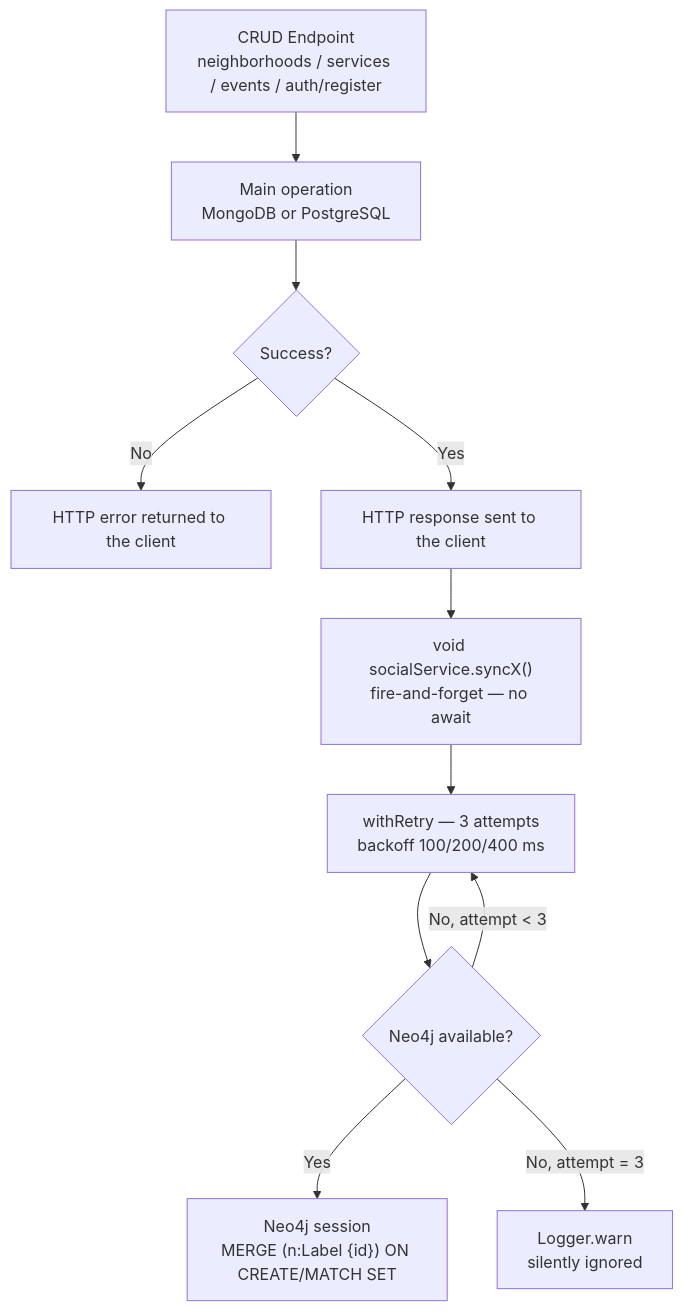
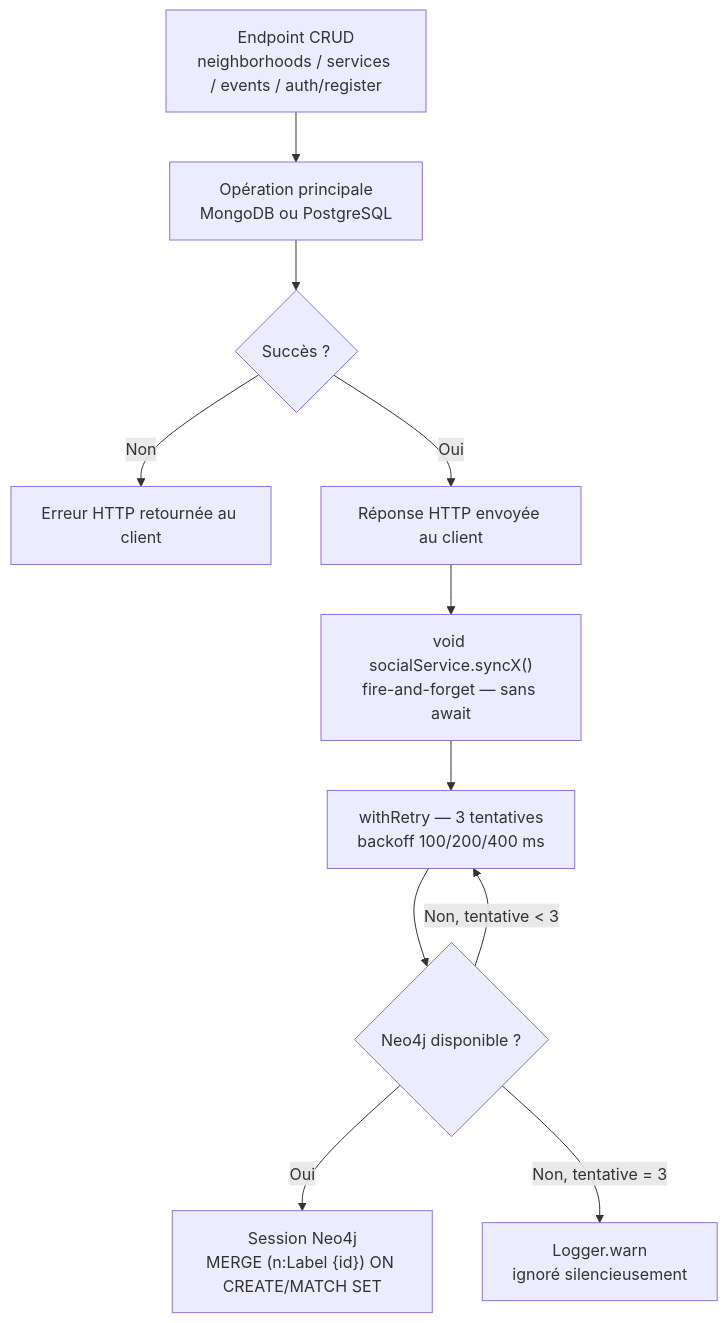
Before and after one commit to creibaud/QuartierConnect: the ninth of 21 diagrams in docs/ARCHITECTURE.md, drawn with Mermaid. The commit also changed other lines of this file and 27 other files, not shown here.

````diff
--- a/docs/ARCHITECTURE.md
+++ b/docs/ARCHITECTURE.md
@@ -400,13 +441,13 @@
 ```mermaid
 flowchart TD
-    A["CRUD Endpoint<br/>neighborhoods / services / events / auth/register"] --> B["Main operation<br/>MongoDB or PostgreSQL"]
-    B --> C{Success?}
-    C -->|No| D[HTTP error returned to the client]
-    C -->|Yes| E[HTTP response sent to the client]
-    E --> F["void socialService.syncX()<br/>fire-and-forget — no await"]
-    F --> R["withRetry — 3 attempts<br/>backoff 100/200/400 ms"]
-    R --> G{Neo4j available?}
-    G -->|Yes| H["Neo4j session<br/>MERGE (n:Label {id}) ON CREATE/MATCH SET"]
-    G -->|No, attempt < 3| R
-    G -->|No, attempt = 3| I["Logger.warn<br/>silently ignored"]
+    A["Endpoint CRUD<br/>neighborhoods / services / events / auth/register"] --> B["Opération principale<br/>MongoDB ou PostgreSQL"]
+    B --> C{Succès ?}
+    C -->|Non| D[Erreur HTTP retournée au client]
+    C -->|Oui| E[Réponse HTTP envoyée au client]
+    E --> F["void socialService.syncX()<br/>fire-and-forget — sans await"]
+    F --> R["withRetry — 3 tentatives<br/>backoff 100/200/400 ms"]
+    R --> G{Neo4j disponible ?}
+    G -->|Oui| H["Session Neo4j<br/>MERGE (n:Label {id}) ON CREATE/MATCH SET"]
+    G -->|Non, tentative < 3| R
+    G -->|Non, tentative = 3| I["Logger.warn<br/>ignoré silencieusement"]
 ```
````
